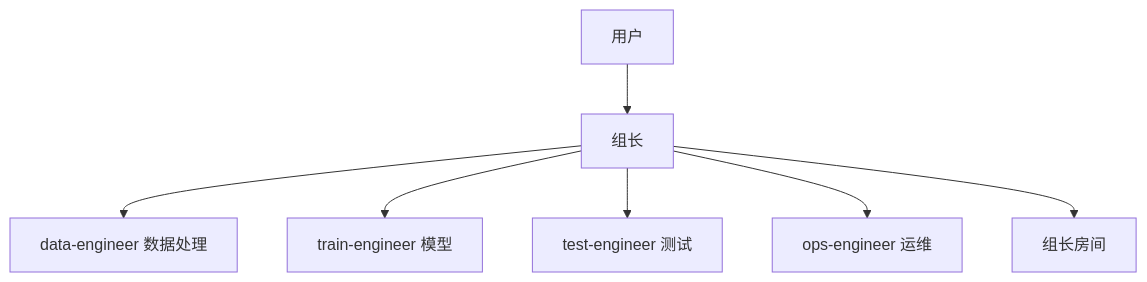
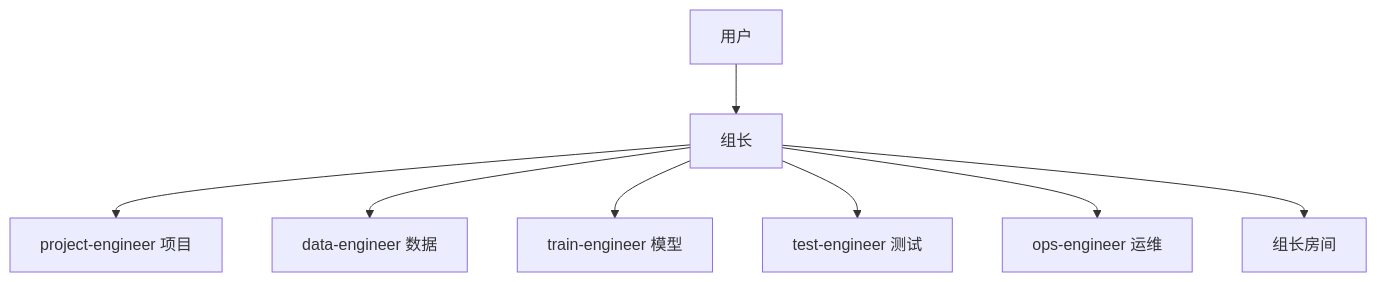
Before and after one commit to Yulin-CC/Algorithm_Assistant: the first of 3 diagrams in README.md, drawn with Mermaid. The commit also changed other lines of this file and 26 other files, not shown here.

````diff
--- a/README.md
+++ b/README.md
@@ -70,9 +126,10 @@
 ```mermaid
 flowchart TD
   user[用户] --> lead[组长]
-  lead --> dataEng["data-engineer 数据处理"]
+  lead --> projEng["project-engineer 项目"]
+  lead --> dataEng["data-engineer 数据"]
   lead --> trainEng["train-engineer 模型"]
   lead --> testEng["test-engineer 测试"]
   lead --> opsEng["ops-engineer 运维"]
   lead --> room[组长房间]
 ```
````
